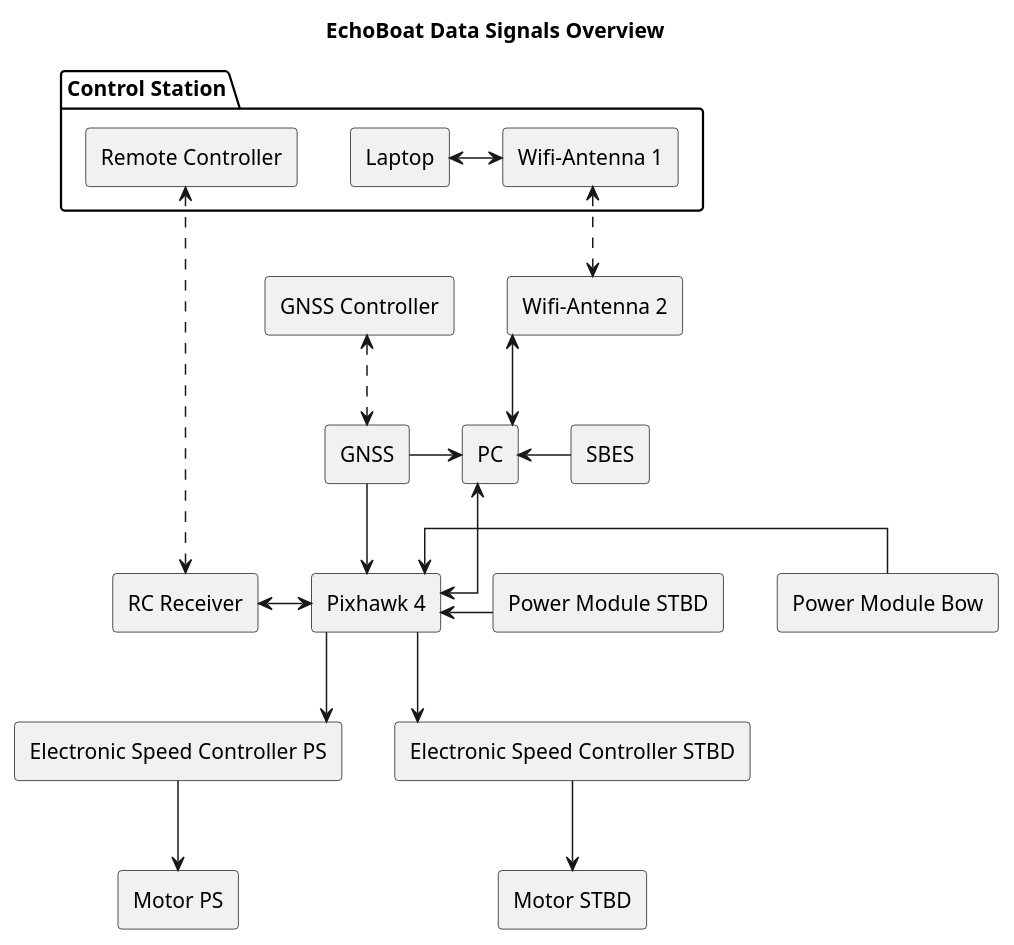
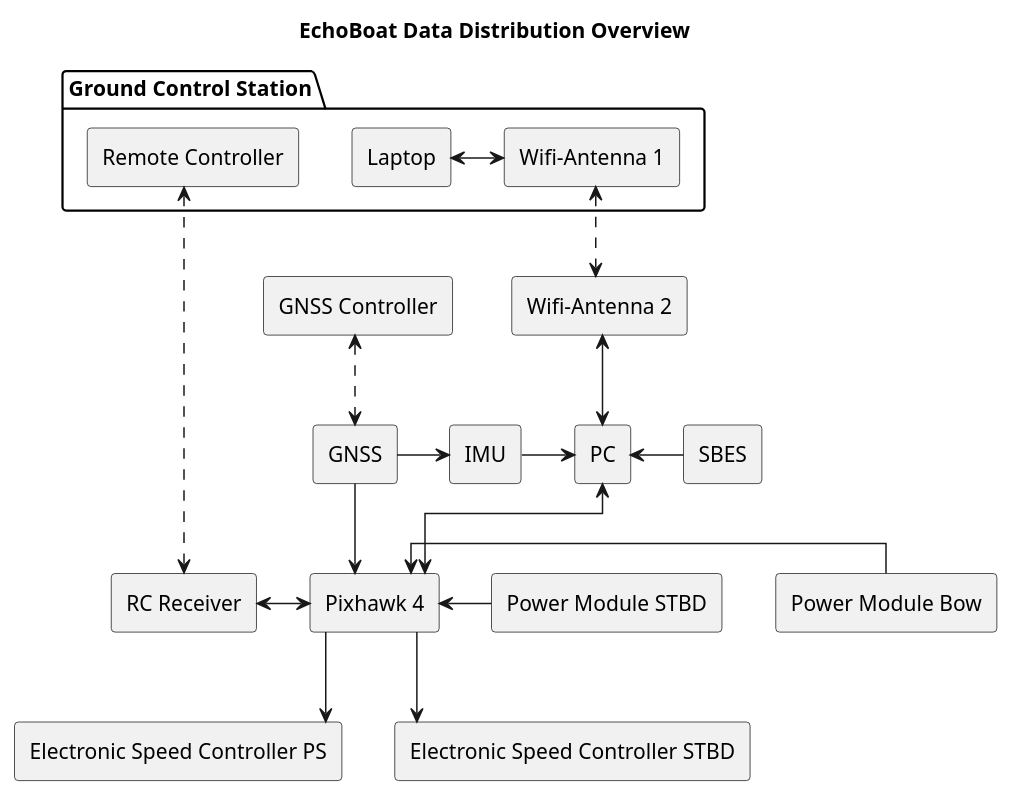
One commit to MalteBiermann/EchoBoat changed the diagram in electrical_plans/overview/overview data.plantuml. Above: the diagram before and after it, drawn with PlantUML. The commit also changed 1 other file, not shown here.

Commit message:
cleanup + IMu added

```diff
--- a/electrical_plans/overview/overview data.plantuml
+++ b/electrical_plans/overview/overview data.plantuml
@@ -1,69 +1,60 @@
 @startuml
-title "EchoBoat Data Signals Overview"
+title "EchoBoat Data Distribution Overview"
 skinparam componentStyle rectangle
 skinparam linetype ortho
 
 component "Pixhawk 4" as PH
 component "PC"
 component "SBES"
 component "GNSS"
 component "GNSS Controller" as GNSSC
-' component "IMU"
+component "IMU"
 ' component "LIDAR"
 ' component "GNSS 2" as GNSS2
 together {
 component "Power Module STBD" as PMstbd
 component "Power Module Bow" as PMbow
 }
-' component "Battery PS"
-' component "Battery STBD"
-' component "Battery Bow"
+
 component "Electronic Speed Controller PS" as ESCps
 component "Electronic Speed Controller STBD" as ESCstbd
-component "Motor PS"
-component "Motor STBD"
 component "RC Receiver" as RCtrans
 
-package "Control Station"{
+package "Ground Control Station"{
     component "Remote Controller" as RC
     component "Laptop"
     component "Wifi-Antenna 1" as Wifi1
 }
 component "Wifi-Antenna 2" as Wifi2
 
 RCtrans <-> PH
 RC <..down..> RCtrans
 
-Wifi1 <-left-> [Laptop]
+Wifi1 <-left-> Laptop
 Wifi1 <..> Wifi2
 Wifi2 <-down-> PC
 
 PMbow -left-> PH 
 
-
 PMstbd -left-> PH
 
+PH <-up-> PC
 
-PH <-up-> [PC]
+SBES -left-> PC
 
-[SBES] -left-> [PC]
-
-' IMU -down-> [PC]
 ' GNSS2 -d-> LIDAR
 ' LIDAR --> PC
 
-[GNSS] -> PH
-[GNSS] -> [PC]
-[GNSS] <.up.> GNSSC
+GNSS -> PH
+GNSS -> IMU
+IMU -> PC
+GNSS <.up.> GNSSC
 
 PH -down-> ESCps
 PH -down-> ESCstbd
 
 ' [Battery PS] -up-> ESCps
 ' [PMstbd] -right-> ESCstbd
 
-ESCps -down-> [Motor PS]
-ESCstbd -down-> [Motor STBD]
-
 ' hide @unlinked
 @enduml
```
